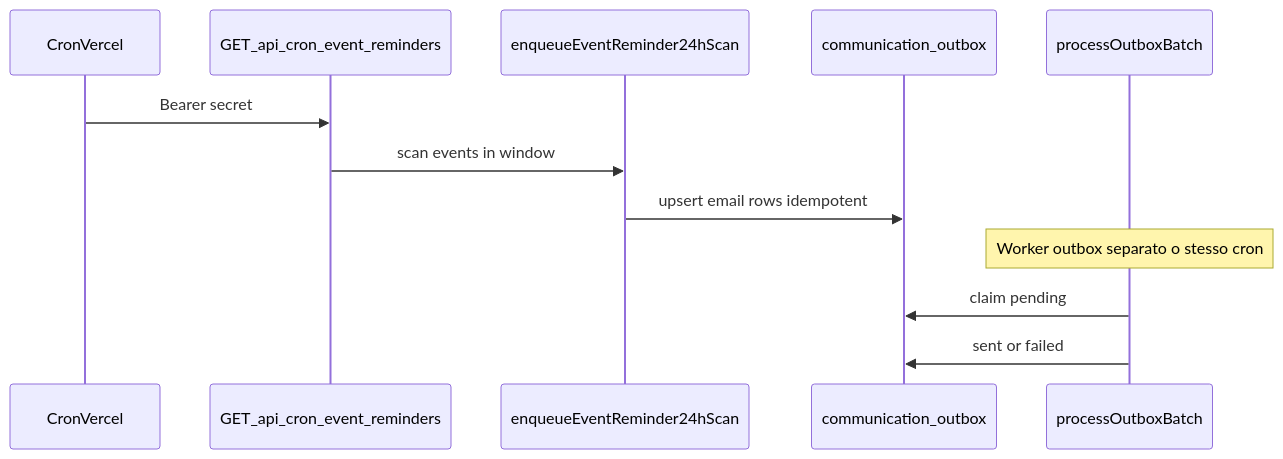
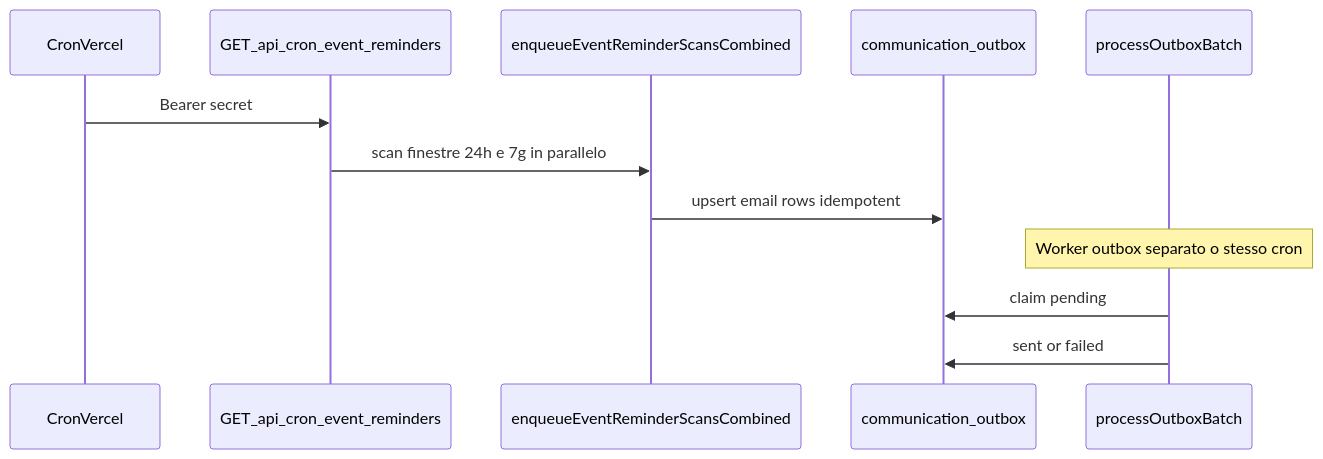
One commit to KeledanAI/mana-nero changed the diagram in docs/design-v2-comms-automation.md. Above: the diagram before and after it, drawn with Mermaid. The commit also changed other lines of this file and 44 other files, not shown here.

````diff
--- a/docs/design-v2-comms-automation.md
+++ b/docs/design-v2-comms-automation.md
@@ -32,15 +32,15 @@
 ```mermaid
 sequenceDiagram
   participant Cron as CronVercel
   participant API as GET_api_cron_event_reminders
-  participant Lib as enqueueEventReminder24hScan
+  participant Lib as enqueueEventReminderScansCombined
   participant OB as communication_outbox
   participant W as processOutboxBatch
 
   Cron->>API: Bearer secret
-  API->>Lib: scan events in window
+  API->>Lib: scan finestre 24h e 7g in parallelo
   Lib->>OB: upsert email rows idempotent
   Note over W: Worker outbox separato o stesso cron
   W->>OB: claim pending
   W->>OB: sent or failed
 ```
````
